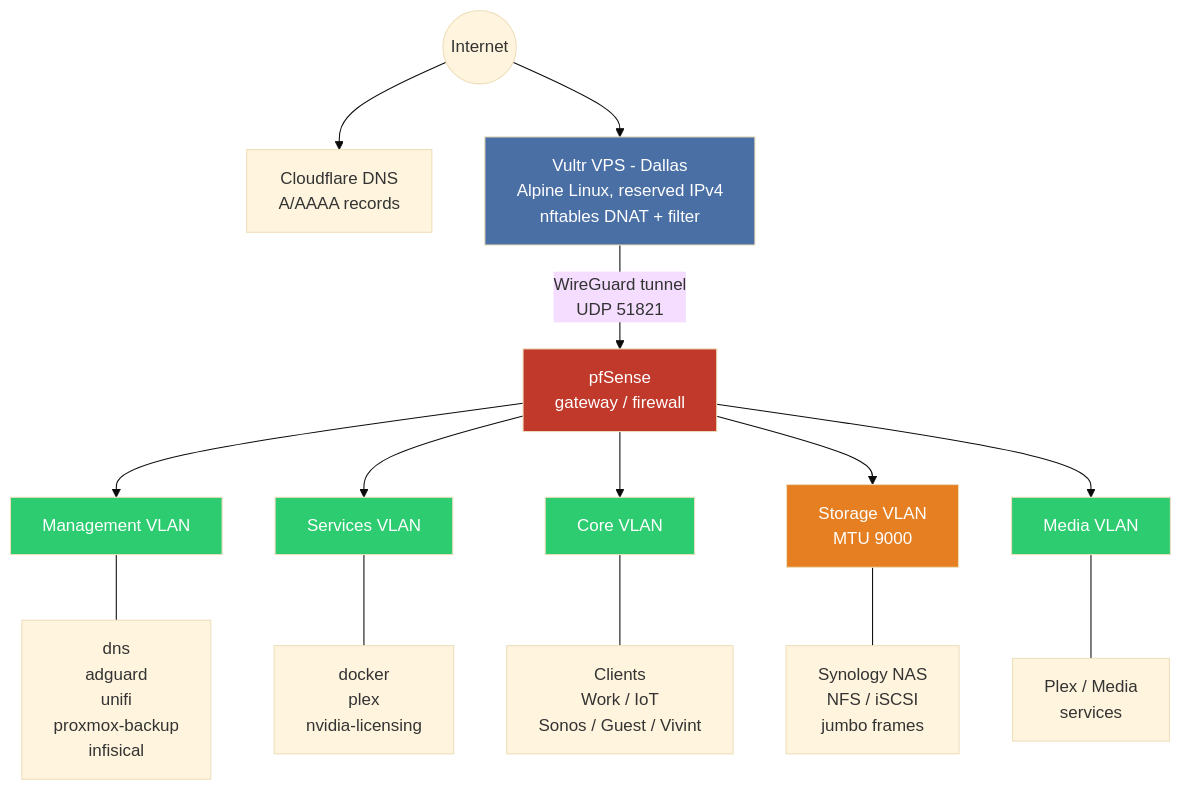
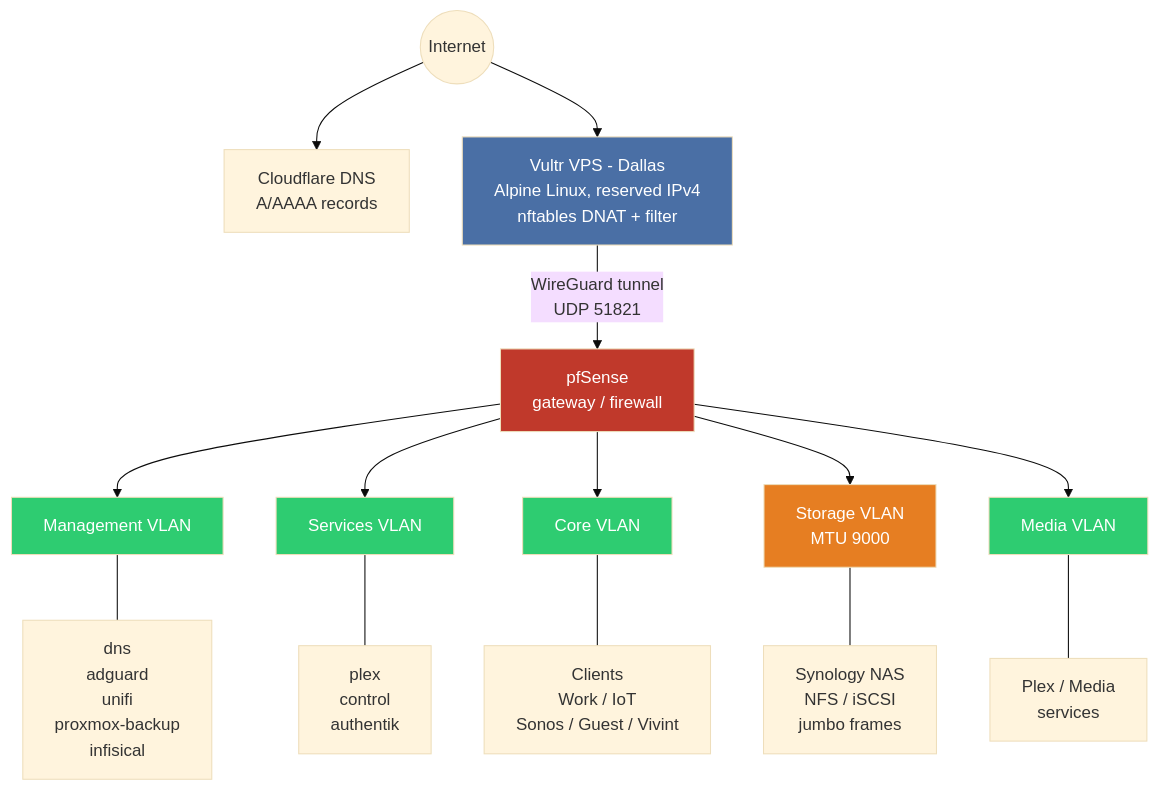
The first of 5 diagrams in README.md (GoodOlClint/homelab), drawn with Mermaid (base theme) before and after one commit. The commit also changed other lines of this file and 26 other files, not shown here.

First line of the commit message:
Retired-guest sweep: nvidia-licensing, minio, squid plays, roles, collections, docs (#24)

````diff
--- a/README.md
+++ b/README.md
@@ -7,29 +7,29 @@
 ```mermaid
 graph TD
     Internet((Internet))
 
     Internet --> CF[Cloudflare DNS<br/>A/AAAA records]
     Internet --> VPS[Vultr VPS - Dallas<br/>Alpine Linux, reserved IPv4<br/>nftables DNAT + filter]
 
     VPS -->|WireGuard tunnel<br/>UDP 51821| PF[pfSense<br/>gateway / firewall]
 
     PF --> MGMT[Management VLAN]
     PF --> SVC[Services VLAN]
     PF --> CORE[Core VLAN]
     PF --> STOR[Storage VLAN<br/>MTU 9000]
     PF --> MEDIA[Media VLAN]
 
     MGMT --- M1[dns<br/>adguard<br/>unifi<br/>proxmox-backup<br/>infisical]
-    SVC --- S1[docker<br/>plex<br/>nvidia-licensing]
+    SVC --- S1[plex<br/>control<br/>authentik]
     CORE --- C1[Clients<br/>Work / IoT<br/>Sonos / Guest / Vivint]
     STOR --- ST1[Synology NAS<br/>NFS / iSCSI<br/>jumbo frames]
     MEDIA --- ME1[Plex / Media<br/>services]
 
     style VPS fill:#4a6fa5,color:#fff
     style PF fill:#c0392b,color:#fff
     style MGMT fill:#2ecc71,color:#fff
     style SVC fill:#2ecc71,color:#fff
     style CORE fill:#2ecc71,color:#fff
     style STOR fill:#e67e22,color:#fff
     style MEDIA fill:#2ecc71,color:#fff
 ```
````
